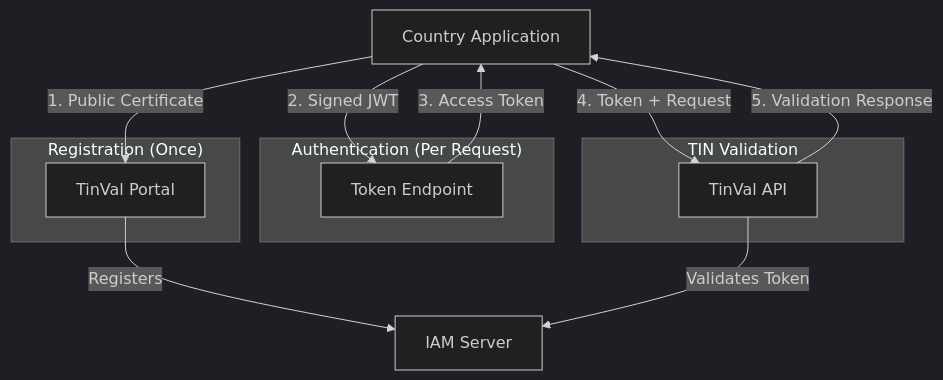
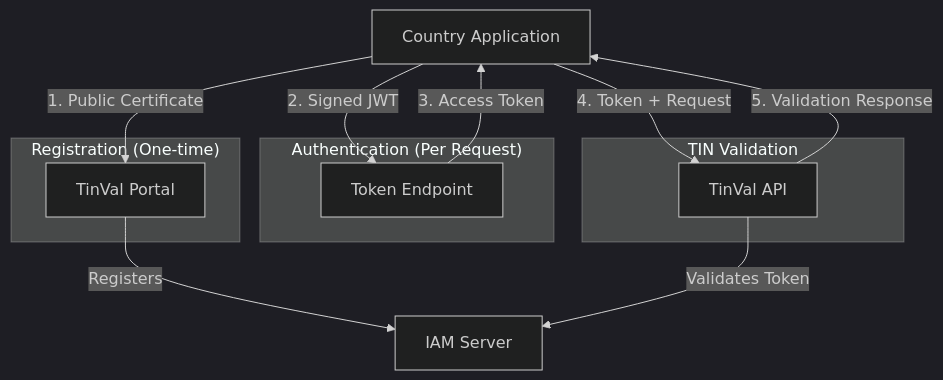
The diagram in en/api.md (santiagoreyes/tinval-guides), drawn with Mermaid (dark theme) before and after one commit. The commit also changed other lines of this file, not shown here.

````diff
--- a/en/api.md
+++ b/en/api.md
@@ -63,22 +54,22 @@
 ```mermaid
 graph TB
     A[Country Application] -->|1. Public Certificate| B[TinVal Portal]
     B -->|Registers| C[IAM Server]
     A -->|2. Signed JWT| D[Token Endpoint]
     D -->|3. Access Token| A
     A -->|4. Token + Request| E[TinVal API]
     E -->|Validates Token| C
     E -->|5. Validation Response| A
-    
-    subgraph "Registration (Once)"
+   
+    subgraph "Registration (One-time)"
         B
     end
-    
+   
     subgraph "Authentication (Per Request)"
         D
     end
-    
+   
     subgraph "TIN Validation"
         E
     end
 ```
````
